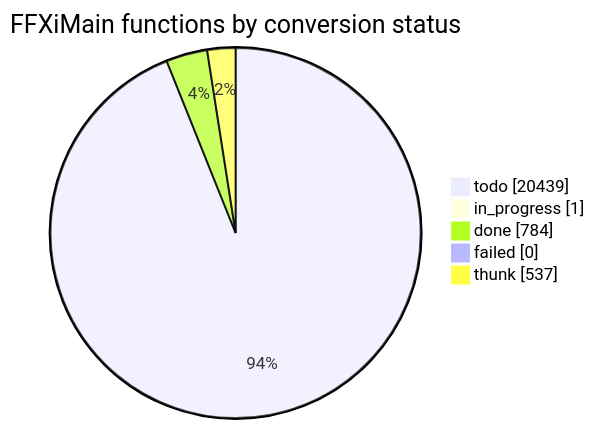
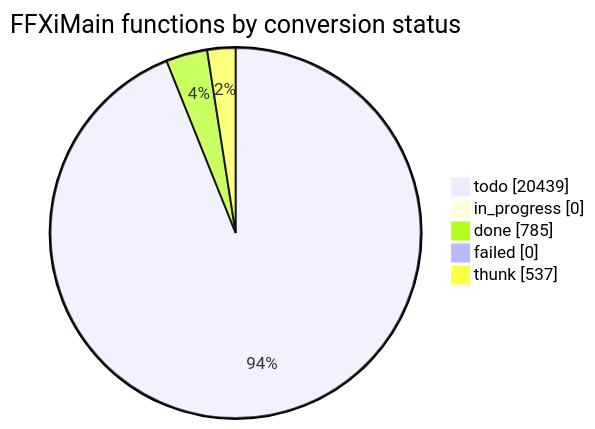
The diagram in docs/cow/STATUS.md (cowrevenge/cow_kuluu_xi_anything), drawn with Mermaid before and after one commit. The commit also changed other lines of this file and 9 other files, not shown here.

````diff
--- a/docs/cow/STATUS.md
+++ b/docs/cow/STATUS.md
@@ -18,9 +18,9 @@
 ```mermaid
 pie showData
     title FFXiMain functions by conversion status
     "todo" : 20439
-    "in_progress" : 1
-    "done" : 784
+    "in_progress" : 0
+    "done" : 785
     "failed" : 0
     "thunk" : 537
 ```
````
